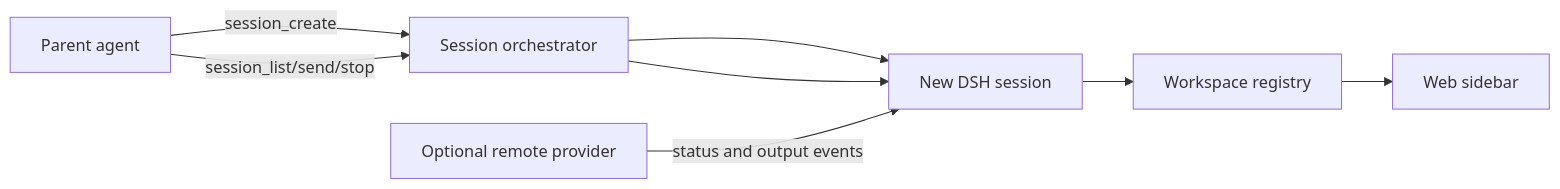
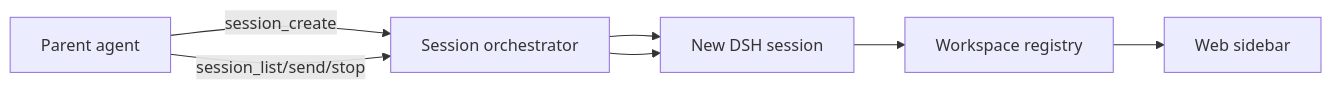
The diagram in packages/session-control/DESIGN.md (mouliangyu/dsh-plugins), drawn with Mermaid before and after one commit. The commit also changed other lines of this file and 25 other files, not shown here.

````diff
--- a/packages/session-control/DESIGN.md
+++ b/packages/session-control/DESIGN.md
@@ -19,10 +21,9 @@
 ```mermaid
 flowchart LR
   A[Parent agent] -->|session_create| B[Session orchestrator]
   B --> C[New DSH session]
   C --> D[Workspace registry]
   D --> E[Web sidebar]
   A -->|session_list/send/stop| B
   B --> C
-  R[Optional remote provider] -->|status and output events| C
 ```
````
